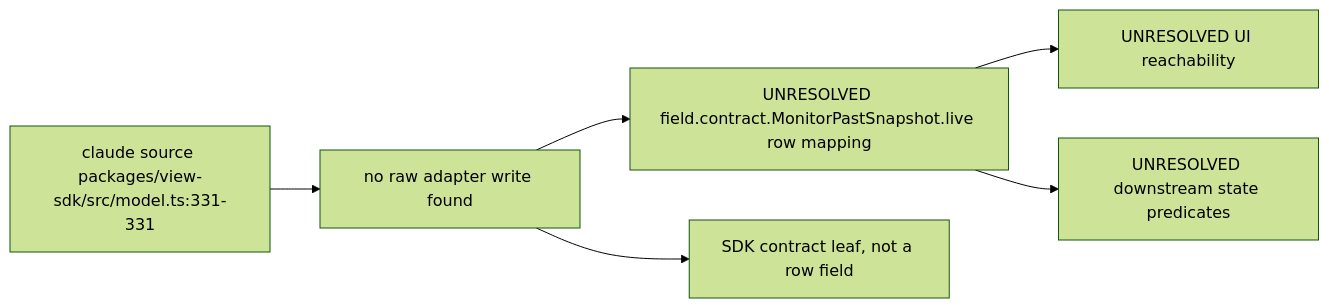
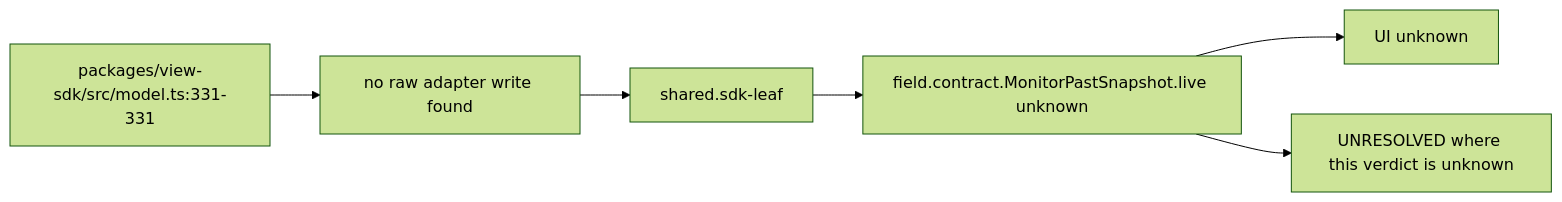
The diagram in audit/godview/evidence/claude/contract.MonitorPastSnapshot.live.mmd (vibefield/vibefield), drawn with Mermaid (forest theme) before and after one commit. The commit also changed 1609 other files, not shown here.

```diff
--- a/audit/godview/evidence/claude/contract.MonitorPastSnapshot.live.mmd
+++ b/audit/godview/evidence/claude/contract.MonitorPastSnapshot.live.mmd
@@ -1,11 +1,13 @@
+%% graph_ref: shared.sdk-leaf
+%% adapter: claude
+%% field: field.contract.MonitorPastSnapshot.live
+%% forensic: source-read at 748d015; not a live sample
 flowchart LR
-  src["claude source packages/view-sdk/src/model.ts:331-331"]
+  src["packages/view-sdk/src/model.ts:331-331"]
   raw["no raw adapter write found"]
-  row["UNRESOLVED field.contract.MonitorPastSnapshot.live row mapping"]
-  ui["UNRESOLVED UI reachability"]
-  states["UNRESOLVED downstream state predicates"]
-  src --> raw --> row
-  row --> ui
-  row --> states
-  leaf["SDK contract leaf, not a row field"]
-  raw --> leaf
+  shared["shared.sdk-leaf"]
+  row["field.contract.MonitorPastSnapshot.live unknown"]
+  ui["UI unknown"]
+  src --> raw --> shared --> row --> ui
+  open["UNRESOLVED where this verdict is unknown"]
+  row --> open
```
